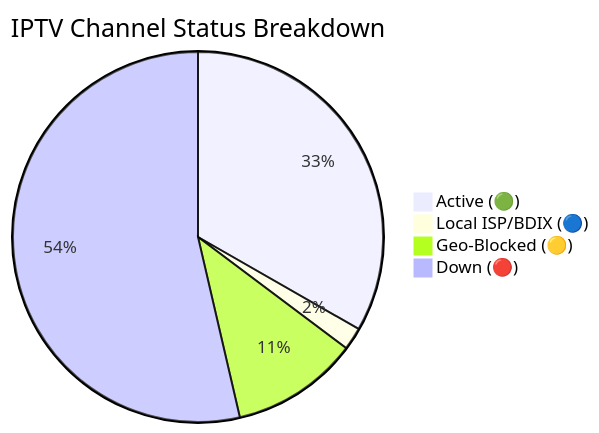
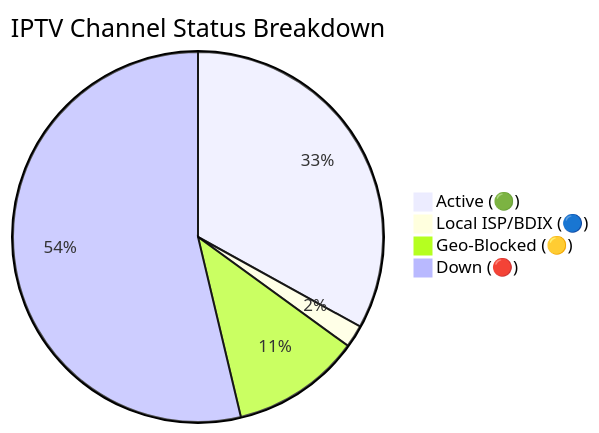
The diagram in README.md (andreataylord/Ip-tv-Collection), drawn with Mermaid before and after one commit. The commit also changed other lines of this file and 1 other file, not shown here.

Commit message:
docs(readme): auto-update daily channel status chart

````diff
--- a/README.md
+++ b/README.md
@@ -59,7 +59,7 @@
 ```mermaid
 pie title IPTV Channel Status Breakdown
-    "Active (🟢)" : 2171
+    "Active (🟢)" : 2155
     "Local ISP/BDIX (🔵)" : 128
-    "Geo-Blocked (🟡)" : 726
-    "Down (🔴)" : 3499
+    "Geo-Blocked (🟡)" : 736
+    "Down (🔴)" : 3505
 ```
````
